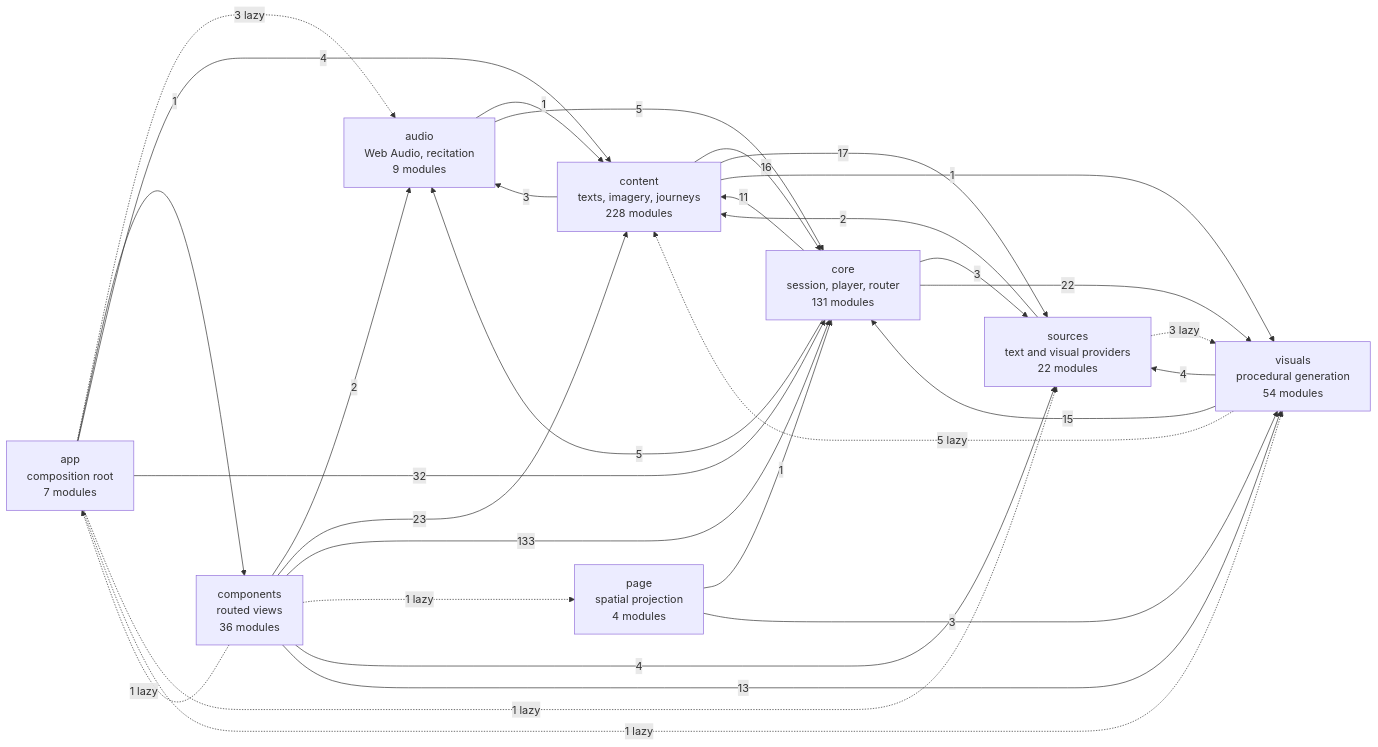
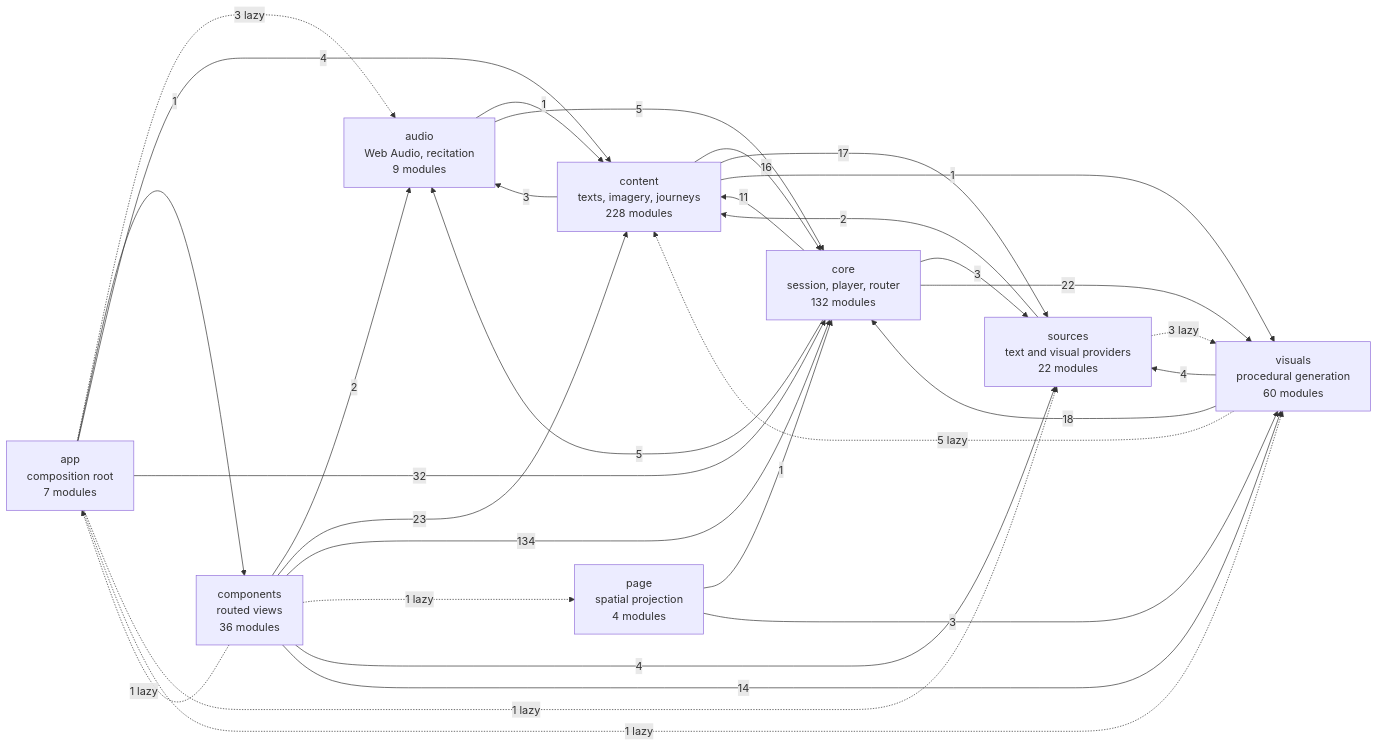
One commit to SyberLabs/RISE changed the diagram in docs/specs/ARCHITECTURE.md. Above: the diagram before and after it, drawn with Mermaid. The commit also changed 9 other files, not shown here.

````diff
--- a/docs/specs/ARCHITECTURE.md
+++ b/docs/specs/ARCHITECTURE.md
@@ -160,42 +160,42 @@
 ```mermaid
 flowchart LR
     app["app<br/>composition root<br/>7 modules"]
     audio["audio<br/>Web Audio, recitation<br/>9 modules"]
     components["components<br/>routed views<br/>36 modules"]
     content["content<br/>texts, imagery, journeys<br/>228 modules"]
-    core["core<br/>session, player, router<br/>131 modules"]
+    core["core<br/>session, player, router<br/>132 modules"]
     page["page<br/>spatial projection<br/>4 modules"]
     sources["sources<br/>text and visual providers<br/>22 modules"]
-    visuals["visuals<br/>procedural generation<br/>54 modules"]
+    visuals["visuals<br/>procedural generation<br/>60 modules"]
 
     app -.-> |3 lazy| audio
     app --> |1| components
     app --> |4| content
     app --> |32| core
     app -.-> |1 lazy| sources
     app -.-> |1 lazy| visuals
     audio --> |1| content
     audio --> |5| core
     components -.-> |1 lazy| app
     components --> |2| audio
     components --> |23| content
-    components --> |133| core
+    components --> |134| core
     components -.-> |1 lazy| page
     components --> |4| sources
-    components --> |13| visuals
+    components --> |14| visuals
     content --> |3| audio
     content --> |16| core
     content --> |17| sources
     content --> |1| visuals
     core --> |5| audio
     core --> |11| content
     core --> |3| sources
     core --> |22| visuals
     page --> |1| core
     page --> |3| visuals
     sources --> |2| content
     sources -.-> |3 lazy| visuals
     visuals -.-> |5 lazy| content
-    visuals --> |15| core
+    visuals --> |18| core
     visuals --> |4| sources
 ```
````
